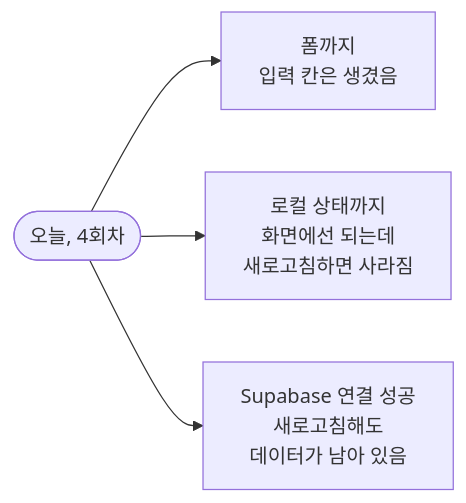
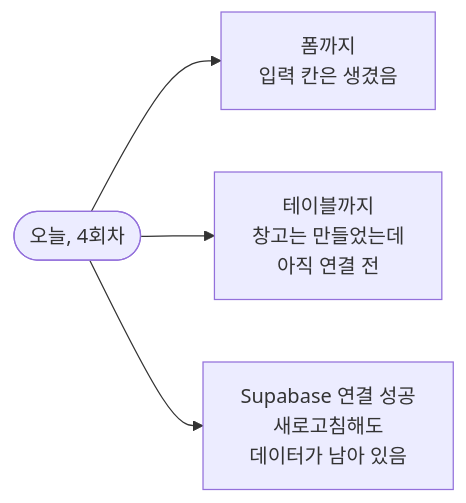
One commit to In-HyeokJang/coding-without-coding changed the diagram in src/content/docs/sessions/session-4-feature.md. Above: the diagram before and after it, drawn with Mermaid. The commit also changed other lines of this file and 2 other files, not shown here.

````diff
--- a/src/content/docs/sessions/session-4-feature.md
+++ b/src/content/docs/sessions/session-4-feature.md
@@ -243,10 +455,10 @@
 ```mermaid
 flowchart LR
     today(["오늘, 4회차"]) --> A
     today --> B
     today --> C
 
     A["폼까지<br/>입력 칸은 생겼음"]
-    B["로컬 상태까지<br/>화면에선 되는데<br/>새로고침하면 사라짐"]
+    B["테이블까지<br/>창고는 만들었는데<br/>아직 연결 전"]
     C["Supabase 연결 성공<br/>새로고침해도<br/>데이터가 남아 있음"]
 ```
````
